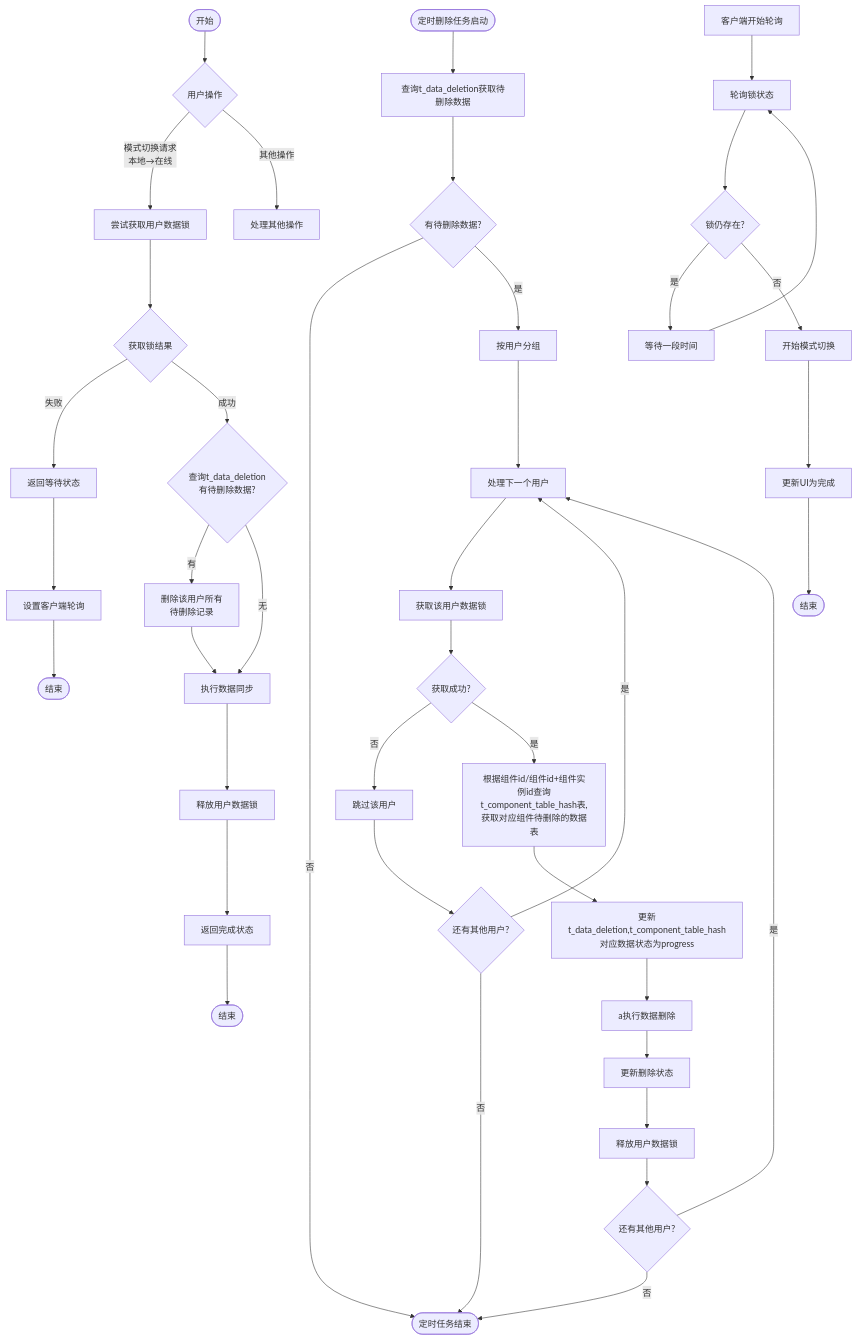
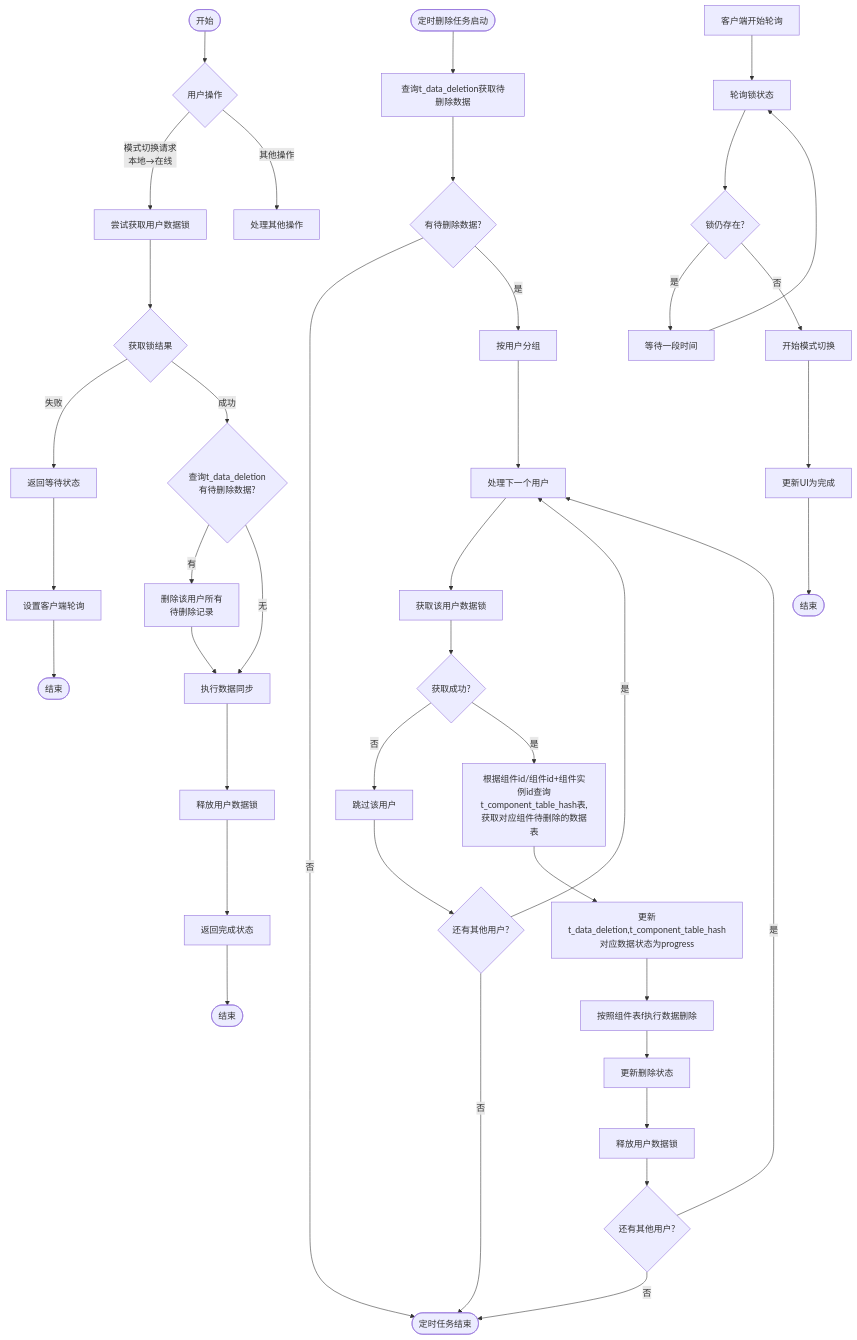
The diagram in all/未命名-57.md (yingjianzh/iodraw-files), drawn with Mermaid before and after one commit.

Commit message:
2025-05-12 11:23:36 update

````diff
--- a/all/未命名-57.md
+++ b/all/未命名-57.md
@@ -1,62 +1,62 @@
 ```mermaid
 flowchart TD
     %% 主要分支
     Start([开始]) --> UserAction{用户操作}
     UserAction -->|模式切换请求\n本地→在线| TryLock[尝试获取用户数据锁]
     UserAction -->|其他操作| OtherOps[处理其他操作]
     
     %% 定时删除任务分支
     ScheduledTask([定时删除任务启动]) --> QueryDeletions[查询t_data_deletion获取待删除数据]
     QueryDeletions --> HasTasks{有待删除数据?}
     HasTasks -->|否| TaskEnd([定时任务结束])
     HasTasks -->|是| GroupByUser[按用户分组]
     
     %% 处理用户数据删除
     GroupByUser --> ProcessNextUser[处理下一个用户]
     ProcessNextUser --> AcquireLock[获取该用户数据锁]
     AcquireLock --> LockSuccess{获取成功?}
     
     LockSuccess -->|否| SkipUser[跳过该用户]
     SkipUser --> MoreUsers1{还有其他用户?}
     MoreUsers1 -->|是| ProcessNextUser
     MoreUsers1 -->|否| TaskEnd
     
     LockSuccess -->|是| GetData[根据组件id/组件id+组件实例id查询t_component_table_hash表,获取对应组件待删除的数据表]
     
     GetData --> UpdateData[更新t_data_deletion,t_component_table_hash对应数据状态为progress]
-    UpdateData --> DeleteData[a执行数据删除]
+    UpdateData --> DeleteData[按照组件表f执行数据删除]
     DeleteData --> UpdateStatus[更新删除状态]
     UpdateStatus --> ReleaseLock[释放用户数据锁]
     ReleaseLock --> MoreUsers2{还有其他用户?}
     MoreUsers2 -->|是| ProcessNextUser
     MoreUsers2 -->|否| TaskEnd
     
     %% 模式切换流程
     TryLock --> LockResult{获取锁结果}
     
     LockResult -->|失败| ReturnWaiting[返回等待状态]
     ReturnWaiting --> SetupPolling[设置客户端轮询]
     SetupPolling --> End1([结束])
     
     LockResult -->|成功| CheckPendingDeletion{查询t_data_deletion\n有待删除数据?}
     
     CheckPendingDeletion -->|有| RemoveDeletionRecords[删除该用户所有\n待删除记录]
     RemoveDeletionRecords --> PerformSync[执行数据同步]
     
     CheckPendingDeletion -->|无| PerformSync
     
     PerformSync --> ReleaseSwitchLock[释放用户数据锁]
     ReleaseSwitchLock --> ReturnComplete[返回完成状态]
     ReturnComplete --> End2([结束])
     
     %% 客户端轮询
     ClientPolling[客户端开始轮询] --> PollLockStatus[轮询锁状态]
     PollLockStatus --> StillLocked{锁仍存在?}
     
     StillLocked -->|是| WaitInterval[等待一段时间]
     WaitInterval --> PollLockStatus
     
     StillLocked -->|否| StartSwitch[开始模式切换]
     StartSwitch --> CompleteUI[更新UI为完成]
     CompleteUI --> End3([结束])
 ```
````
